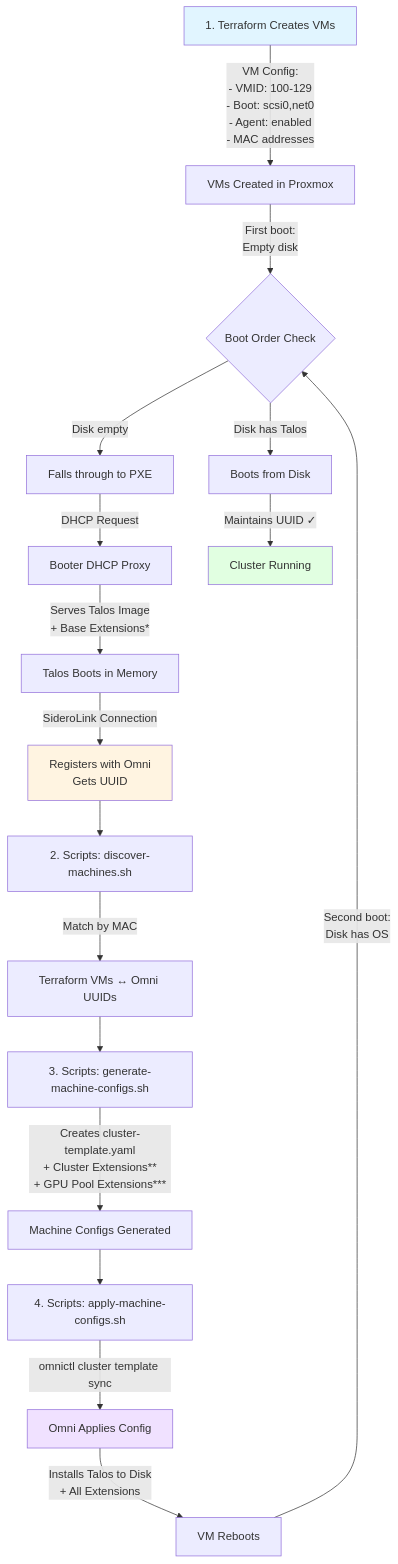
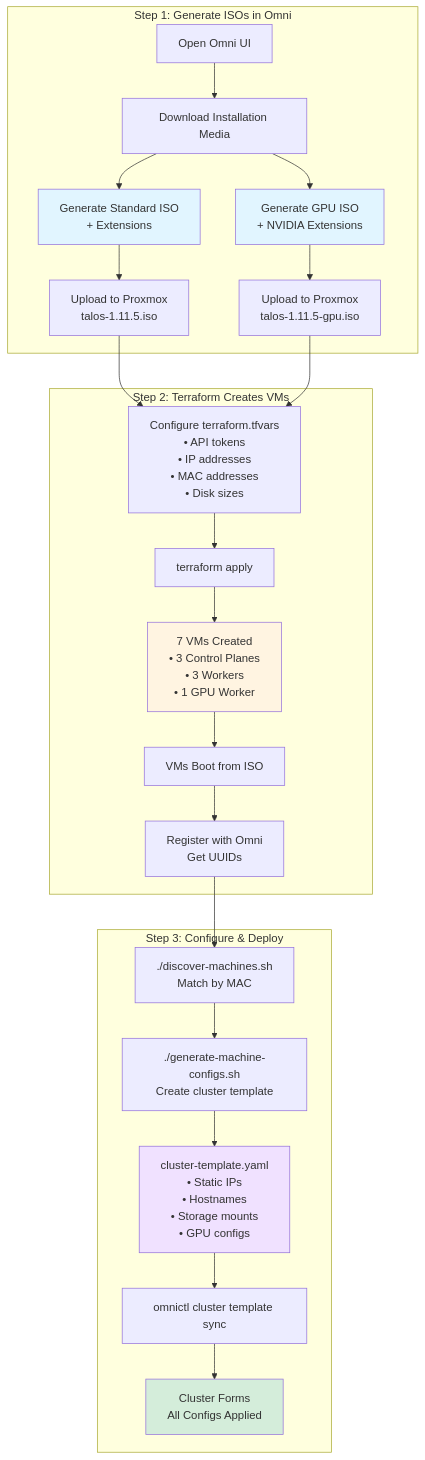
One commit to mitchross/sidero-omni-talos-proxmox-starter changed the first of 3 diagrams in README.md. Above: the diagram before and after it, drawn with Mermaid. The commit also changed other lines of this file and 1 other file, not shown here.

First line of the commit message:
Docs: Complete documentation overhaul with visual flow diagrams

````diff
--- a/README.md
+++ b/README.md
@@ -281,32 +44,34 @@
 ```mermaid
-flowchart TD
-    A[1. Terraform Creates VMs] -->|VM Config:<br/>- VMID: 100-129<br/>- Boot: scsi0,net0<br/>- Agent: enabled<br/>- MAC addresses| B[VMs Created in Proxmox]
+graph TB
+    subgraph "Step 1: Generate ISOs in Omni"
+        A1[Open Omni UI] --> A2[Download Installation Media]
+        A2 --> A3[Generate Standard ISO<br/>+ Extensions]
+        A2 --> A4[Generate GPU ISO<br/>+ NVIDIA Extensions]
+        A3 --> A5[Upload to Proxmox<br/>talos-1.11.5.iso]
+        A4 --> A6[Upload to Proxmox<br/>talos-1.11.5-gpu.iso]
+    end
 
-    B -->|First boot:<br/>Empty disk| C{Boot Order Check}
-    C -->|Disk empty| D[Falls through to PXE]
+    subgraph "Step 2: Terraform Creates VMs"
+        B1[Configure terraform.tfvars<br/>• API tokens<br/>• IP addresses<br/>• MAC addresses<br/>• Disk sizes] --> B2[terraform apply]
+        B2 --> B3[7 VMs Created<br/>• 3 Control Planes<br/>• 3 Workers<br/>• 1 GPU Worker]
+        B3 --> B4[VMs Boot from ISO]
+        B4 --> B5[Register with Omni<br/>Get UUIDs]
+    end
 
-    D -->|DHCP Request| E[Booter DHCP Proxy]
-    E -->|Serves Talos Image<br/>+ Base Extensions*| F[Talos Boots in Memory]
+    subgraph "Step 3: Configure & Deploy"
+        C1[./discover-machines.sh<br/>Match by MAC] --> C2[./generate-machine-configs.sh<br/>Create cluster template]
+        C2 --> C3[cluster-template.yaml<br/>• Static IPs<br/>• Hostnames<br/>• Storage mounts<br/>• GPU configs]
+        C3 --> C4[omnictl cluster template sync]
+        C4 --> C5[Cluster Forms<br/>All Configs Applied]
+    end
 
-    F -->|SideroLink Connection| G[Registers with Omni<br/>Gets UUID]
+    A5 --> B1
+    A6 --> B1
+    B5 --> C1
 
-    G --> H[2. Scripts: discover-machines.sh]
-    H -->|Match by MAC| I[Terraform VMs ↔ Omni UUIDs]
-
-    I --> J[3. Scripts: generate-machine-configs.sh]
-    J -->|Creates cluster-template.yaml<br/>+ Cluster Extensions**<br/>+ GPU Pool Extensions***| K[Machine Configs Generated]
-
-    K --> L[4. Scripts: apply-machine-configs.sh]
-    L -->|omnictl cluster template sync| M[Omni Applies Config]
-
-    M -->|Installs Talos to Disk<br/>+ All Extensions| N[VM Reboots]
-
-    N -->|Second boot:<br/>Disk has OS| C
-    C -->|Disk has Talos| O[Boots from Disk]
-    O -->|Maintains UUID ✓| P[Cluster Running]
-
-    style A fill:#e1f5ff
-    style G fill:#fff4e1
-    style M fill:#f0e1ff
-    style P fill:#e1ffe1
+    style A3 fill:#e1f5ff
+    style A4 fill:#e1f5ff
+    style B3 fill:#fff4e1
+    style C3 fill:#f0e1ff
+    style C5 fill:#d4edda
 ```
````
